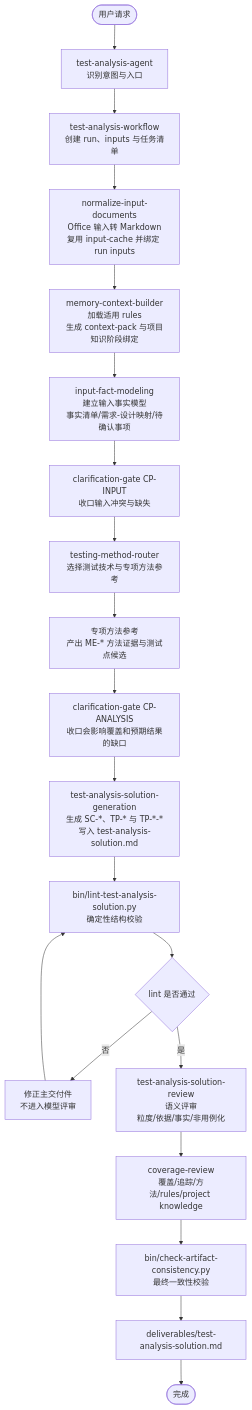
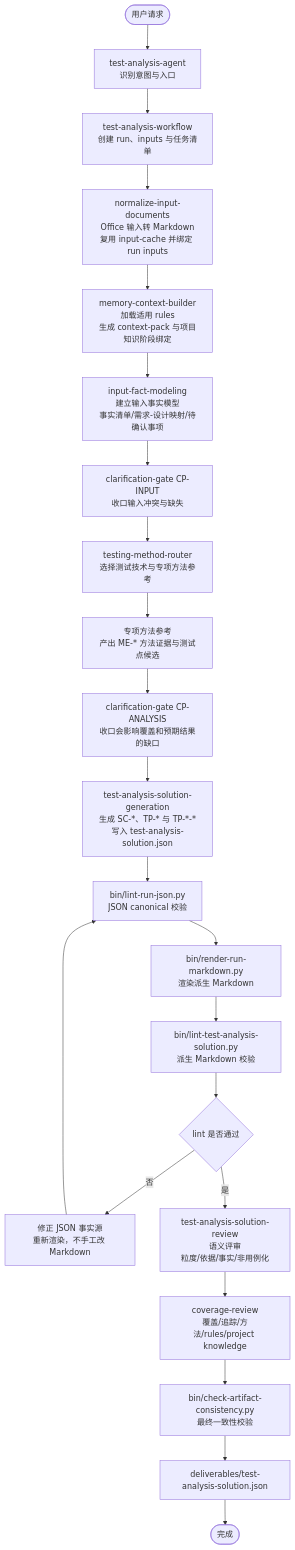
The second of 2 diagrams in docs/test-analysis-agent-design.md (szluoqy-byte/Test-Analysis-Agent-MM), drawn with Mermaid before and after one commit. The commit also changed other lines of this file and 121 other files, not shown here.

Commit message:
Implement JSON canonical run artifacts

````diff
--- a/docs/test-analysis-agent-design.md
+++ b/docs/test-analysis-agent-design.md
@@ -109,23 +109,25 @@
 ```mermaid
 flowchart TD
   start([用户请求])
   start --> agent[test-analysis-agent<br/>识别意图与入口]
   agent --> main["test-analysis-workflow<br/>创建 run、inputs 与任务清单"]
   main --> normalize["normalize-input-documents<br/>Office 输入转 Markdown<br/>复用 input-cache 并绑定 run inputs"]
   normalize --> ctx["memory-context-builder<br/>加载适用 rules<br/>生成 context-pack 与项目知识阶段绑定"]
   ctx --> facts[input-fact-modeling<br/>建立输入事实模型<br/>事实清单/需求-设计映射/待确认事项]
   facts --> cpInput[clarification-gate CP-INPUT<br/>收口输入冲突与缺失]
   cpInput --> route[testing-method-router<br/>选择测试技术与专项方法参考]
   route --> methods[专项方法参考<br/>产出 ME-* 方法证据与测试点候选]
   methods --> cpAnalysis[clarification-gate CP-ANALYSIS<br/>收口会影响覆盖和预期结果的缺口]
-  cpAnalysis --> analysis[test-analysis-solution-generation<br/>生成 SC-*、TP-* 与 TP-*-*<br/>写入 test-analysis-solution.md]
-  analysis --> lint[bin/lint-test-analysis-solution.py<br/>确定性结构校验]
+  cpAnalysis --> analysis[test-analysis-solution-generation<br/>生成 SC-*、TP-* 与 TP-*-*<br/>写入 test-analysis-solution.json]
+  analysis --> jsonLint[bin/lint-run-json.py<br/>JSON canonical 校验]
+  jsonLint --> render[bin/render-run-markdown.py<br/>渲染派生 Markdown]
+  render --> lint[bin/lint-test-analysis-solution.py<br/>派生 Markdown 校验]
   lint --> lintDecision{lint 是否通过}
-  lintDecision -- 否 --> fix[修正主交付件<br/>不进入模型评审]
-  fix --> lint
+  lintDecision -- 否 --> fix[修正 JSON 事实源<br/>重新渲染，不手工改 Markdown]
+  fix --> jsonLint
   lintDecision -- 是 --> review[test-analysis-solution-review<br/>语义评审<br/>粒度/依据/事实/非用例化]
   review --> coverage[coverage-review<br/>覆盖/追踪/方法/rules/project knowledge]
   coverage --> consistency[bin/check-artifact-consistency.py<br/>最终一致性校验]
-  consistency --> output[deliverables/test-analysis-solution.md]
+  consistency --> output[deliverables/test-analysis-solution.json]
   output --> finish([完成])
 ```
````
